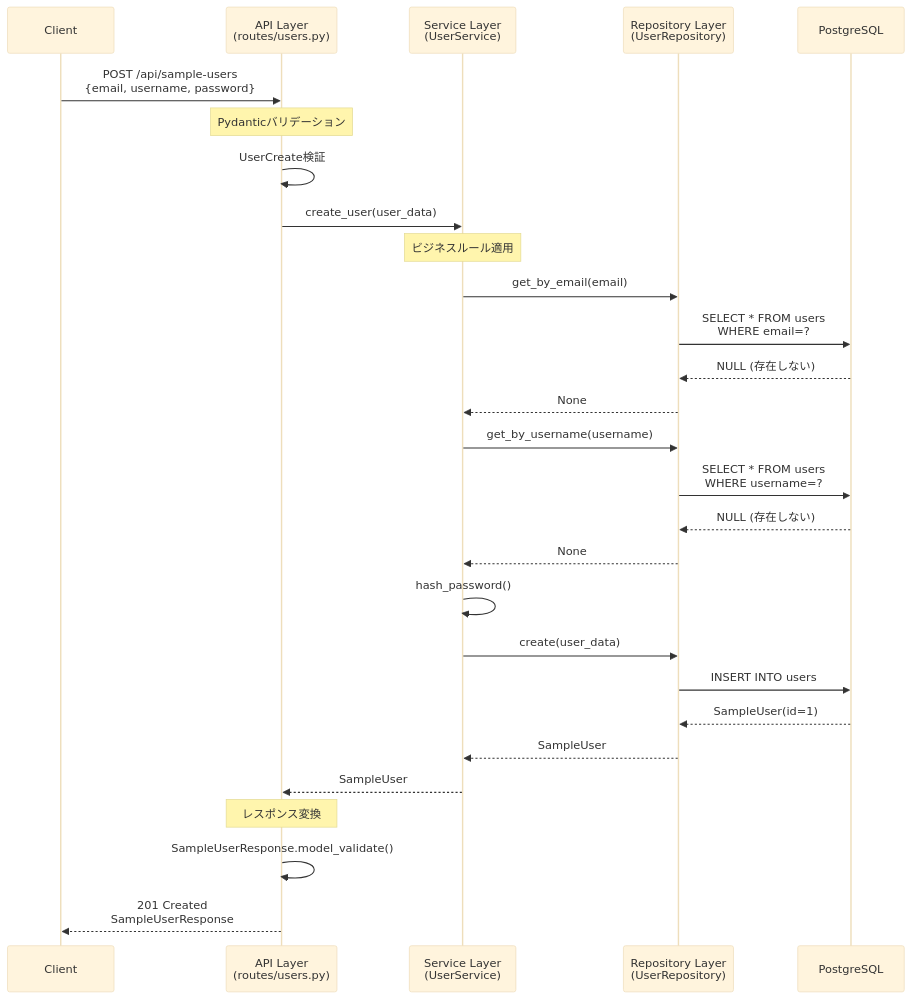
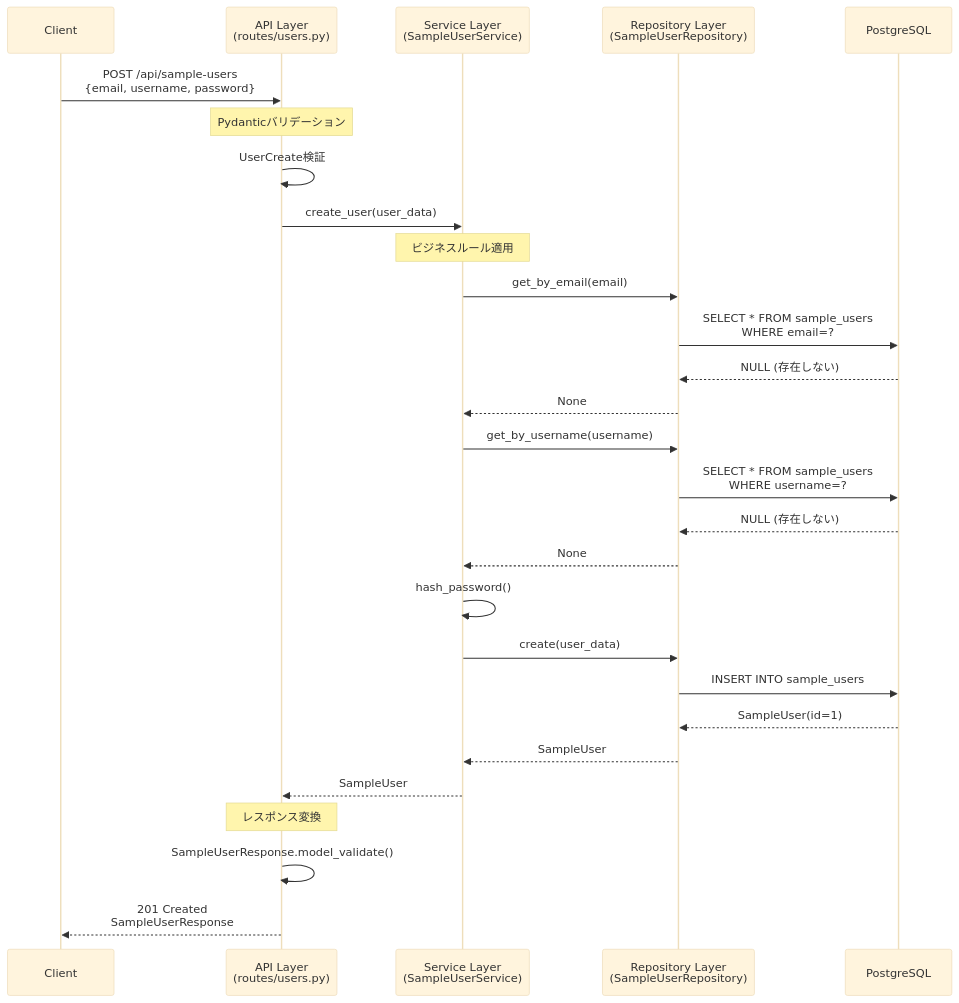
One commit to nomura-koshiro/genai-app-docs changed the fourth of 4 diagrams in docs/02-architecture/02-layered-architecture.md. Above: the diagram before and after it, drawn with Mermaid (base theme). The commit also changed other lines of this file and 118 other files, not shown here.

````diff
--- a/docs/02-architecture/02-layered-architecture.md
+++ b/docs/02-architecture/02-layered-architecture.md
@@ -180,40 +180,40 @@
 ```mermaid
 sequenceDiagram
     participant Client
     participant API as API Layer<br/>(routes/users.py)
-    participant Service as Service Layer<br/>(UserService)
-    participant Repo as Repository Layer<br/>(UserRepository)
+    participant Service as Service Layer<br/>(SampleUserService)
+    participant Repo as Repository Layer<br/>(SampleUserRepository)
     participant DB as PostgreSQL
 
     Client->>API: POST /api/sample-users<br/>{email, username, password}
 
     Note over API: Pydanticバリデーション
     API->>API: UserCreate検証
 
     API->>Service: create_user(user_data)
 
     Note over Service: ビジネスルール適用
     Service->>Repo: get_by_email(email)
-    Repo->>DB: SELECT * FROM users<br/>WHERE email=?
+    Repo->>DB: SELECT * FROM sample_users<br/>WHERE email=?
     DB-->>Repo: NULL (存在しない)
     Repo-->>Service: None
 
     Service->>Repo: get_by_username(username)
-    Repo->>DB: SELECT * FROM users<br/>WHERE username=?
+    Repo->>DB: SELECT * FROM sample_users<br/>WHERE username=?
     DB-->>Repo: NULL (存在しない)
     Repo-->>Service: None
 
     Service->>Service: hash_password()
 
     Service->>Repo: create(user_data)
-    Repo->>DB: INSERT INTO users
+    Repo->>DB: INSERT INTO sample_users
     DB-->>Repo: SampleUser(id=1)
     Repo-->>Service: SampleUser
 
     Service-->>API: SampleUser
 
     Note over API: レスポンス変換
     API->>API: SampleUserResponse.model_validate()
 
     API-->>Client: 201 Created<br/>SampleUserResponse
 ```
````
